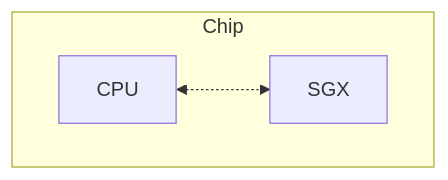
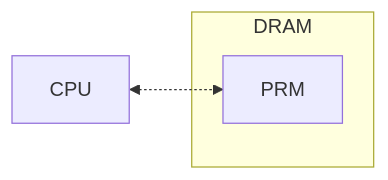
Before and after one commit to evan361425/evan361425.github.io: the diagram in src/essay/confidential-computing.md, drawn with Mermaid. The commit also changed other lines of this file, not shown here.

````diff
--- a/src/essay/confidential-computing.md
+++ b/src/essay/confidential-computing.md
@@ -55,7 +58,7 @@
 ```mermaid
-flowchart TD
-  subgraph Chip
-    direction LR
-    CPU <-.-> SGX
+flowchart LR
+  subgraph DRAM
+    PRM
   end
+  CPU <-.-> PRM
 ```
````
